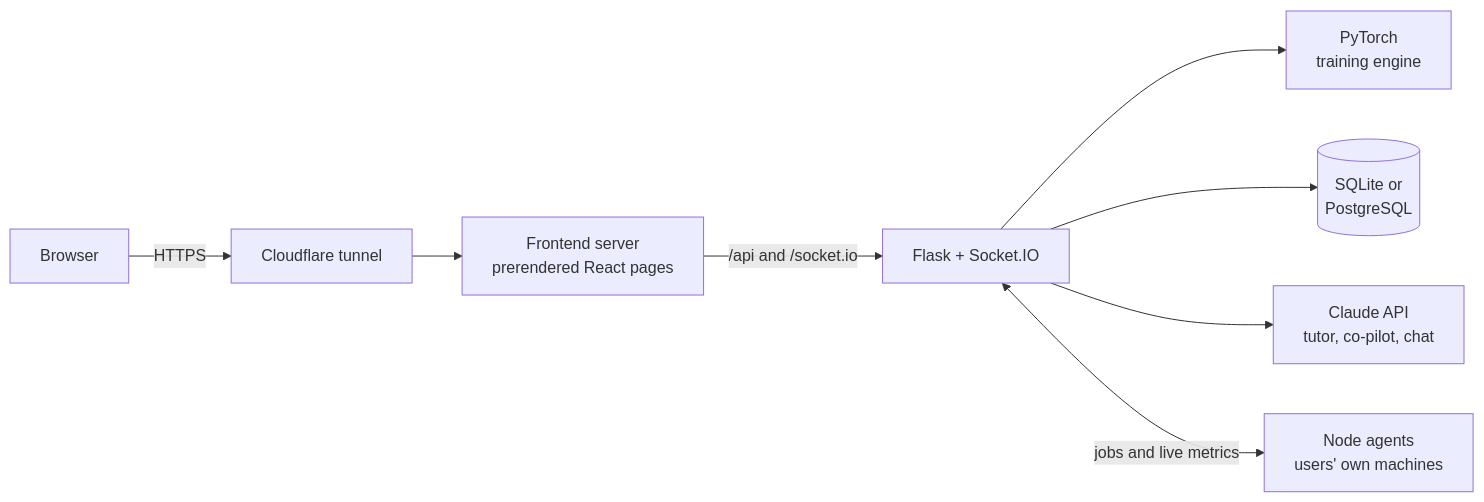
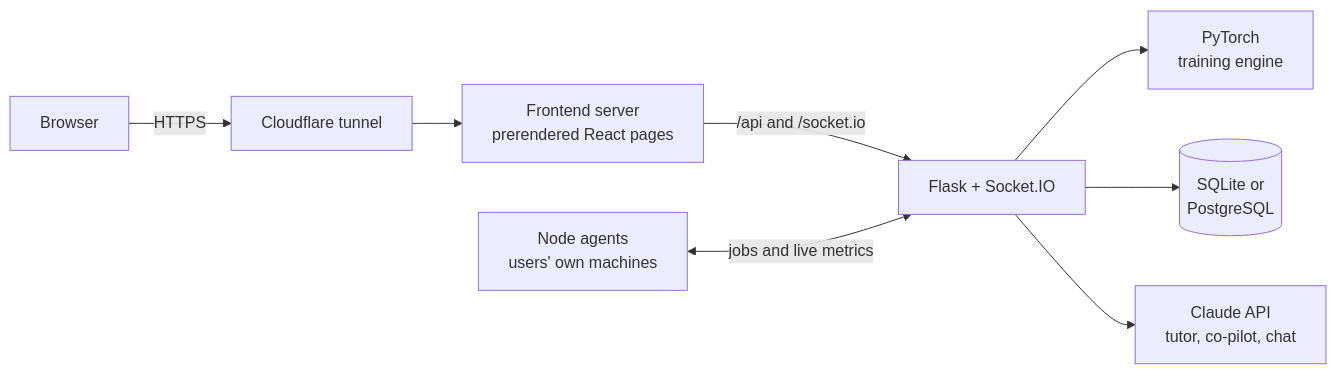
One commit to Scientific-Communication-Session/vortexml changed the diagram in README.md. Above: the diagram before and after it, drawn with Mermaid.

Commit message:
docs(readme): lay the architecture diagram out so no box sits under GitHub's zoom controls

````diff
--- a/README.md
+++ b/README.md
@@ -165,10 +165,10 @@
 ```mermaid
 flowchart LR
     B["Browser"] -->|HTTPS| T["Cloudflare tunnel"]
     T --> F["Frontend server<br>prerendered React pages"]
     F -->|"/api and /socket.io"| S["Flask + Socket.IO"]
+    N["Node agents<br>users' own machines"] <-->|"jobs and live metrics"| S
     S --> E["PyTorch<br>training engine"]
     S --> D[("SQLite or<br>PostgreSQL")]
     S --> C["Claude API<br>tutor, co-pilot, chat"]
-    S <-->|"jobs and live metrics"| N["Node agents<br>users' own machines"]
 ```
````
